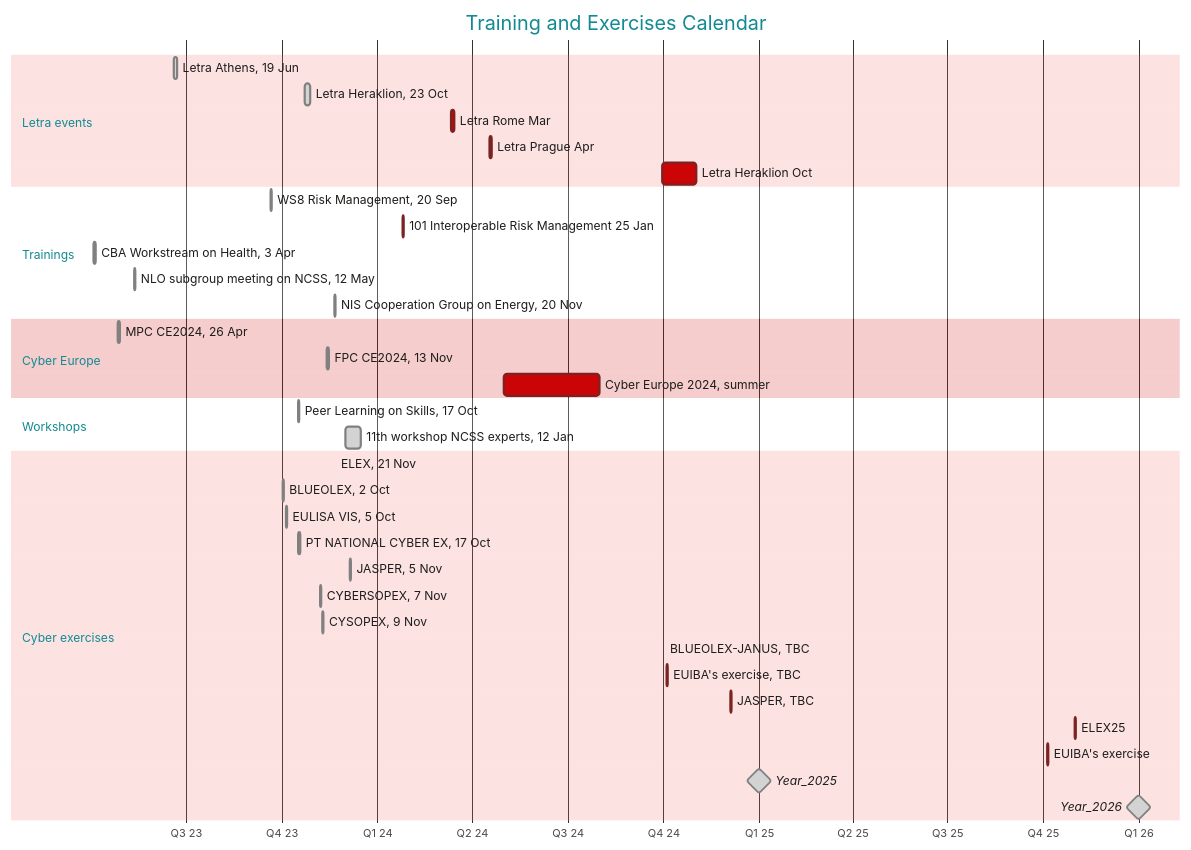
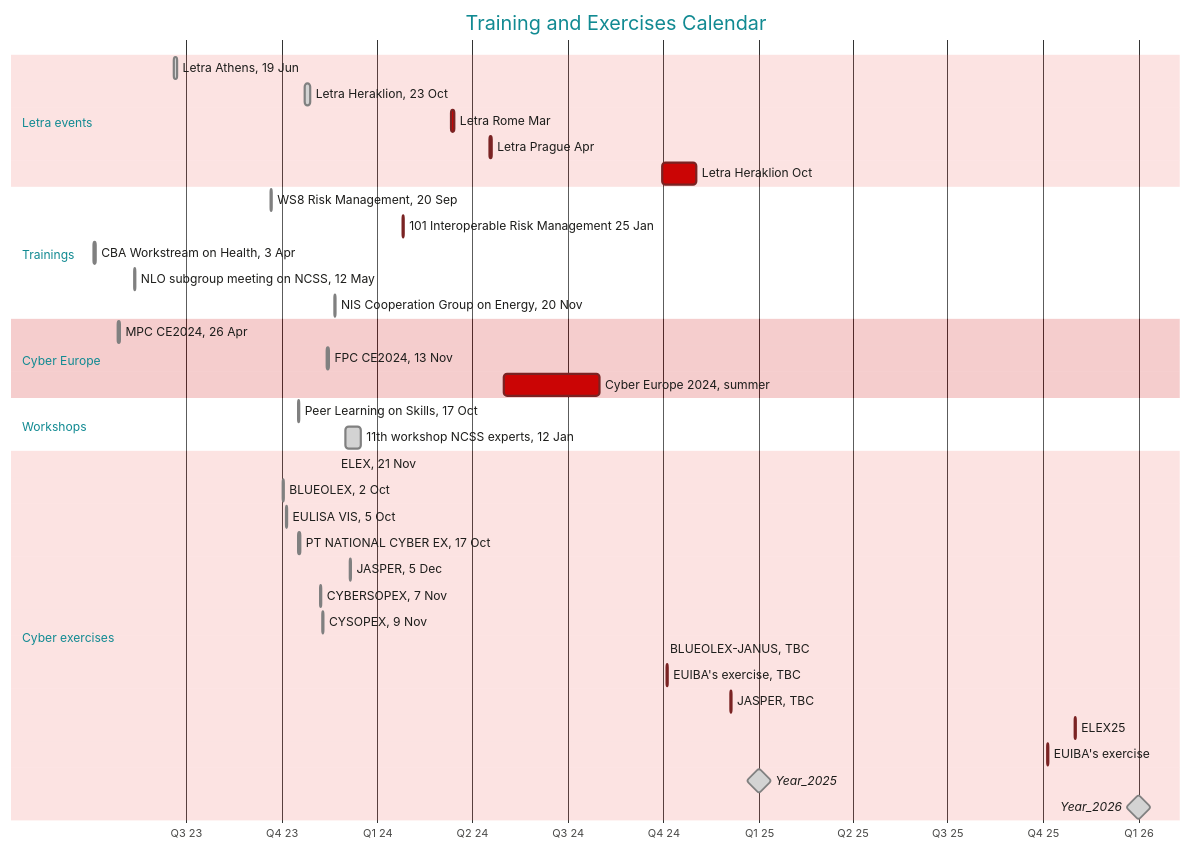
The diagram in calendar.md (ENISA-Exercises/Public01), drawn with Mermaid before and after one commit.

Commit message:
Update calendar.md
sync with main

````diff
--- a/calendar.md
+++ b/calendar.md
@@ -1,59 +1,59 @@
 ```mermaid
 %%{
   init: {
     'theme': 'base',
     'themeVariables': {
       'darkmode': 'false',
       'fontFamily': 'Arial',
       'background':	'#EBEBEB',
       'primaryColor': '#CB0505',
       'primaryTextColor': '#1D1D1B',
       'secondaryColor': '#004F9F',
       'tertiaryColor': '#EE756D',
       'lineColor': '#1D1D1B'
     }
   }
 }%%
 gantt
   title Training and Exercises Calendar
   dateFormat YYYY-MM-DD %%Input date format. The default input date format is YYYY-MM-DD
   axisFormat Q%q %y
   tickInterval 3month
 %%displayed gantt bar info
   section Letra events
     Letra Athens, 19 Jun: done, Letra202306, 2023-06-19, 3d
     Letra Heraklion, 23 Oct: done, Letra202310, 2023-10-23, 5d
     Letra Rome Mar: Training45363, 2024-03-12, 3d
     Letra Prague Apr: Training45399, 2024-04-17, 3d
     Letra Heraklion Oct: Training45565, 2024-09-30, 33d
   section Trainings
     WS8 Risk Management, 20 Sep: done, TRAINING45189, 2023-09-20, 1d
     101 Interoperable Risk Management 25 Jan: virtual_workshop45316, 2024-01-25, 1d
     CBA Workstream on Health, 3 Apr: done, 2023-04-03, 2d
     NLO subgroup meeting on NCSS, 12 May: done, 2023-05-12, 1d
     NIS Cooperation Group on Energy, 20 Nov: done, 2023-11-20, 1d
   section Cyber Europe
     MPC CE2024, 26 Apr: done, Conference45042, 2023-04-26, 2d
     FPC CE2024, 13 Nov: done, CONFERENCE45243, 2023-11-13, 2d
     Cyber Europe 2024, summer: Exercise45413, 2024-05-01, 92d
   section Workshops
     Peer Learning on Skills, 17 Oct: done, physical_workshop45216, 2023-10-17, 1d
     11th workshop NCSS experts, 12 Jan: done, virtual_workshop45261, 2023-12-01, 15d
   section Cyber exercises
     ELEX, 21 Nov: done, ELEX2023, 2023-11-21, 1d
     BLUEOLEX, 2 Oct: done, EXERCISE45201, 2023-10-02, 1d
     EULISA VIS, 5 Oct: done, EXERCISE45204, 2023-10-05, 1d
     PT NATIONAL CYBER EX, 17 Oct: done, EXERCISE45216, 2023-10-17, 2d
-    JASPER, 5 Nov: done, EXERCISE45265, 2023-12-05, 1d
+    JASPER, 5 Dec: done, EXERCISE45265, 2023-12-05, 1d
     CYBERSOPEX, 7 Nov: done, EXERCISE45237, 2023-11-07, 1d
     CYSOPEX, 9 Nov: done, EXERCISE45239, 2023-11-09, 1d
     BLUEOLEX-JANUS, TBC: Exercise45567, 2024-10-02, 1d
     EUIBA's exercise, TBC: Exercise45570, 2024-10-05, 1d
     JASPER, TBC: Exercise45631, 2024-12-05, 1d
     ELEX25: Exercise45962, 2025-11-01, 1d
     EUIBA's exercise: Exercise45204, 2025-10-05, 1d
 %%  Year_2023: done, milestone, Year23, 2023-01-01, 0d
 %%  Year_2024: done, milestone, Year24, 2024-01-01, 0d
 Year_2025: done, milestone, Year25, 2025-01-01, 0d
 Year_2026: done, milestone, Year26, 2026-01-01, 0d
 ```
````
